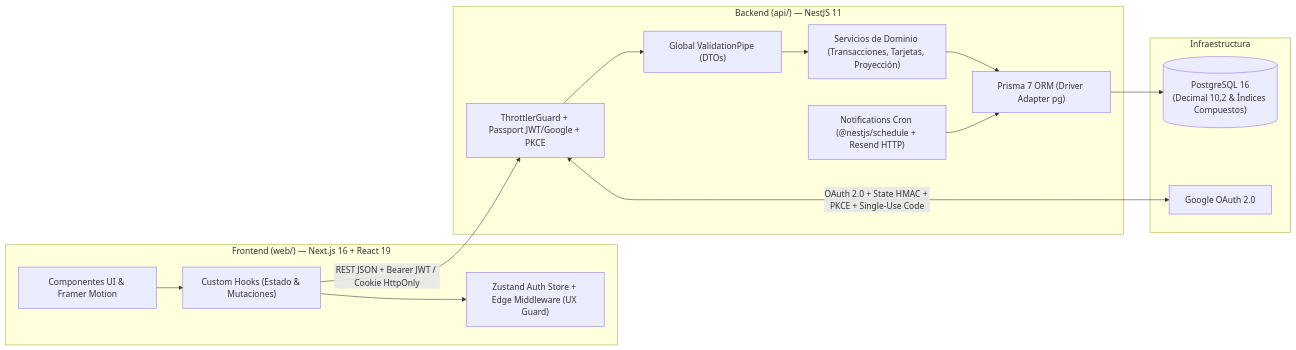
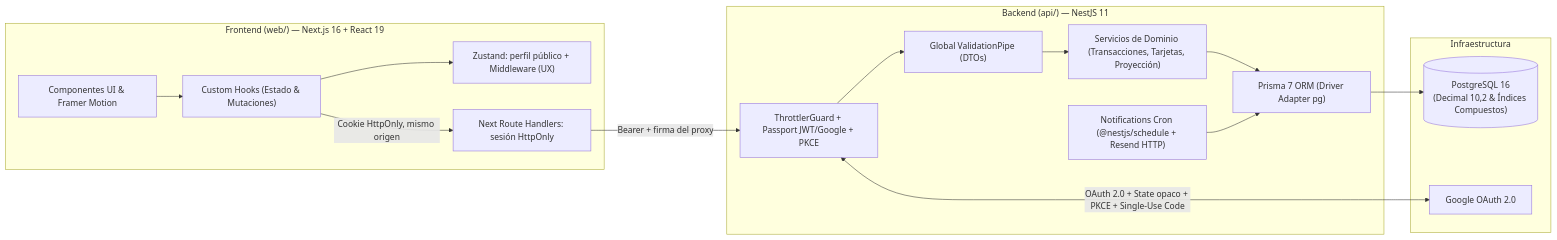
Before and after one commit to tomireyes28/lumi: the first of 2 diagrams in README.md, drawn with Mermaid. The commit also changed other lines of this file and 17 other files, not shown here.

````diff
--- a/README.md
+++ b/README.md
@@ -11,28 +11,30 @@
 ```mermaid
 flowchart LR
   subgraph Client["Frontend (web/) — Next.js 16 + React 19"]
     UI["Componentes UI & Framer Motion"]
     Hooks["Custom Hooks (Estado & Mutaciones)"]
-    Store["Zustand Auth Store + Edge Middleware (UX Guard)"]
+    Store["Zustand: perfil público + Middleware (UX)"]
+    BFF["Next Route Handlers: sesión HttpOnly"]
   end
 
   subgraph Server["Backend (api/) — NestJS 11"]
     Guards["ThrottlerGuard + Passport JWT/Google + PKCE"]
     Pipes["Global ValidationPipe (DTOs)"]
     Services["Servicios de Dominio (Transacciones, Tarjetas, Proyección)"]
     Cron["Notifications Cron (@nestjs/schedule + Resend HTTP)"]
     ORM["Prisma 7 ORM (Driver Adapter pg)"]
   end
 
   subgraph Infra["Infraestructura"]
     DB[("PostgreSQL 16\n(Decimal 10,2 & Índices Compuestos)")]
     OAuth["Google OAuth 2.0"]
   end
 
   UI --> Hooks
   Hooks --> Store
-  Hooks -->|"REST JSON + Bearer JWT / Cookie HttpOnly"| Guards
+  Hooks -->|"Cookie HttpOnly, mismo origen"| BFF
+  BFF -->|"Bearer + firma del proxy"| Guards
   Guards --> Pipes --> Services --> ORM --> DB
   Cron --> ORM
-  Guards <-->|"OAuth 2.0 + State HMAC + PKCE + Single-Use Code"| OAuth
+  Guards <-->|"OAuth 2.0 + State opaco + PKCE + Single-Use Code"| OAuth
 ```
````
